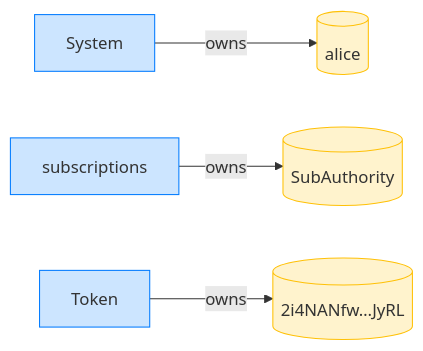
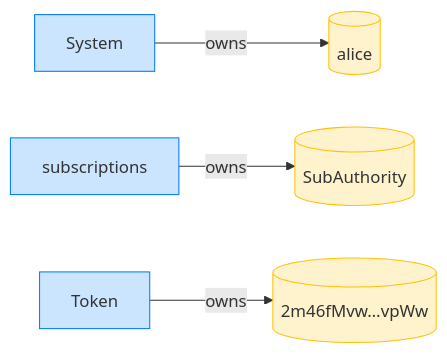
One commit to cds-rs/subscriptions changed the fourth of 12 diagrams in dsl_tests/revoke-abandoned-rejects-a-non-sponsor-caller.md. Above: the diagram before and after it, drawn with Mermaid. The commit also changed other lines of this file and 224 other files, not shown here.

````diff
--- a/dsl_tests/revoke-abandoned-rejects-a-non-sponsor-caller.md
+++ b/dsl_tests/revoke-abandoned-rejects-a-non-sponsor-caller.md
@@ -71,14 +76,14 @@
 ```mermaid
 flowchart LR
     classDef owner fill:#cce5ff,stroke:#007bff;
     classDef account fill:#fff3cd,stroke:#ffc107;
     System[System]:::owner
     alice[(alice)]:::account
     subscriptions[subscriptions]:::owner
     SubAuthority[(SubAuthority)]:::account
     Token[Token]:::owner
-    2i4NANfw_JyRL[("2i4NANfw…JyRL")]:::account
+    2m46fMvw_vpWw[("2m46fMvw…vpWw")]:::account
     System -->|owns| alice
     subscriptions -->|owns| SubAuthority
-    Token -->|owns| 2i4NANfw_JyRL
+    Token -->|owns| 2m46fMvw_vpWw
 ```
````
